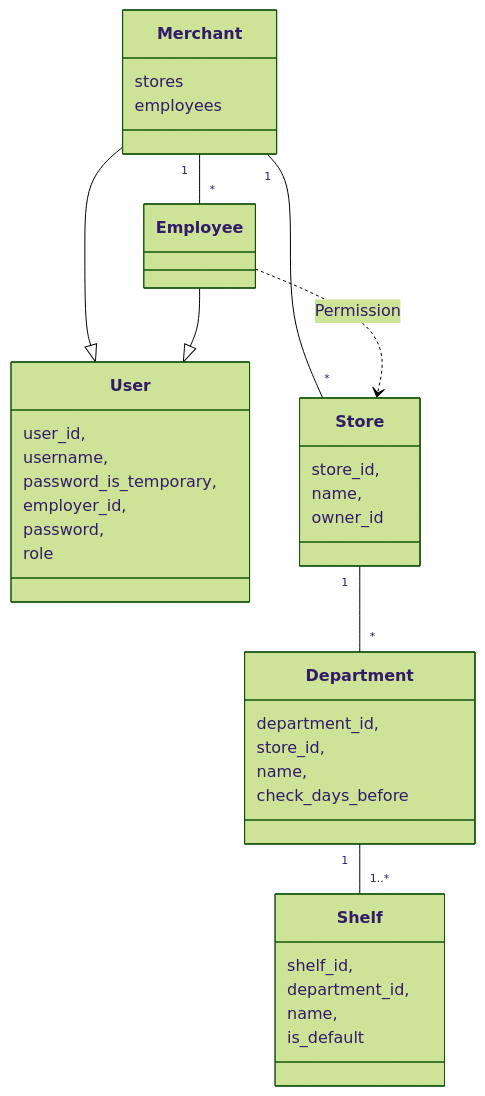
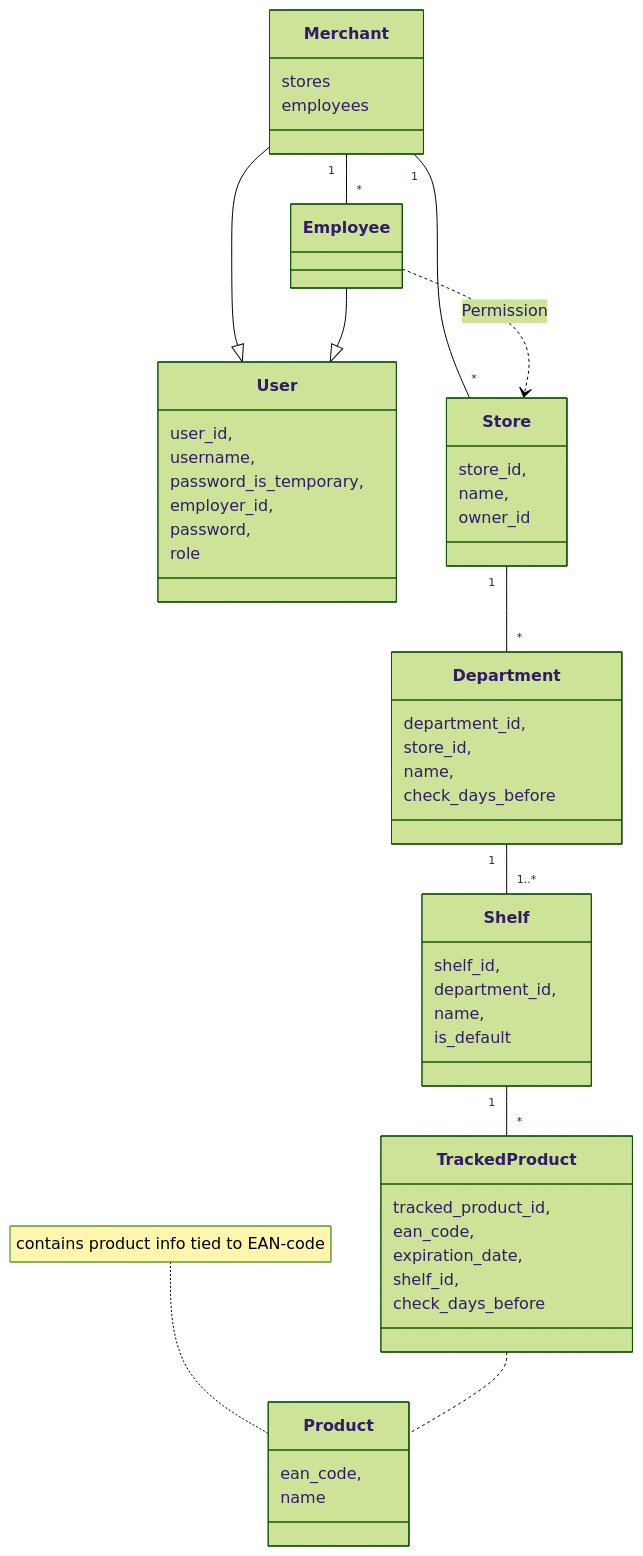
The first of 3 diagrams in expiration_date_tracking_app/dokumentaatio/arkkitehtuuri.md (hannajan/ot-harjoitustyo), drawn with Mermaid (forest theme) before and after one commit. The commit also changed other lines of this file, not shown here.

````diff
--- a/expiration_date_tracking_app/dokumentaatio/arkkitehtuuri.md
+++ b/expiration_date_tracking_app/dokumentaatio/arkkitehtuuri.md
@@ -43,43 +49,57 @@
 ```mermaid
 classDiagram
   class User {
     user_id,
     username,
     password_is_temporary,
     employer_id,
     password,
     role
   }
   class Merchant {
     stores
     employees  
   }
   class Employee {
  
   }
   class Store {
     store_id,
     name,
     owner_id
   }
   class Department {
     department_id,
     store_id,
     name,
     check_days_before
   }
   class Shelf {
     shelf_id,
     department_id,
     name,
     is_default
   }
+  class Product {
+    ean_code,
+    name
+  }
+  class TrackedProduct {
+    tracked_product_id,
+    ean_code,
+    expiration_date,
+    shelf_id,
+    check_days_before
+  }
   Merchant --|> User
   Employee --|> User
   Merchant "1" -- "*" Store
   Merchant "1" -- "*" Employee
   Store "1" -- "*" Department
   Department "1" -- "1..*" Shelf
   Employee ..> Store : Permission
+  Shelf "1" -- "*" TrackedProduct
+  note for Product "contains product info tied to EAN-code"
+  TrackedProduct .. Product
 
 ```
````
